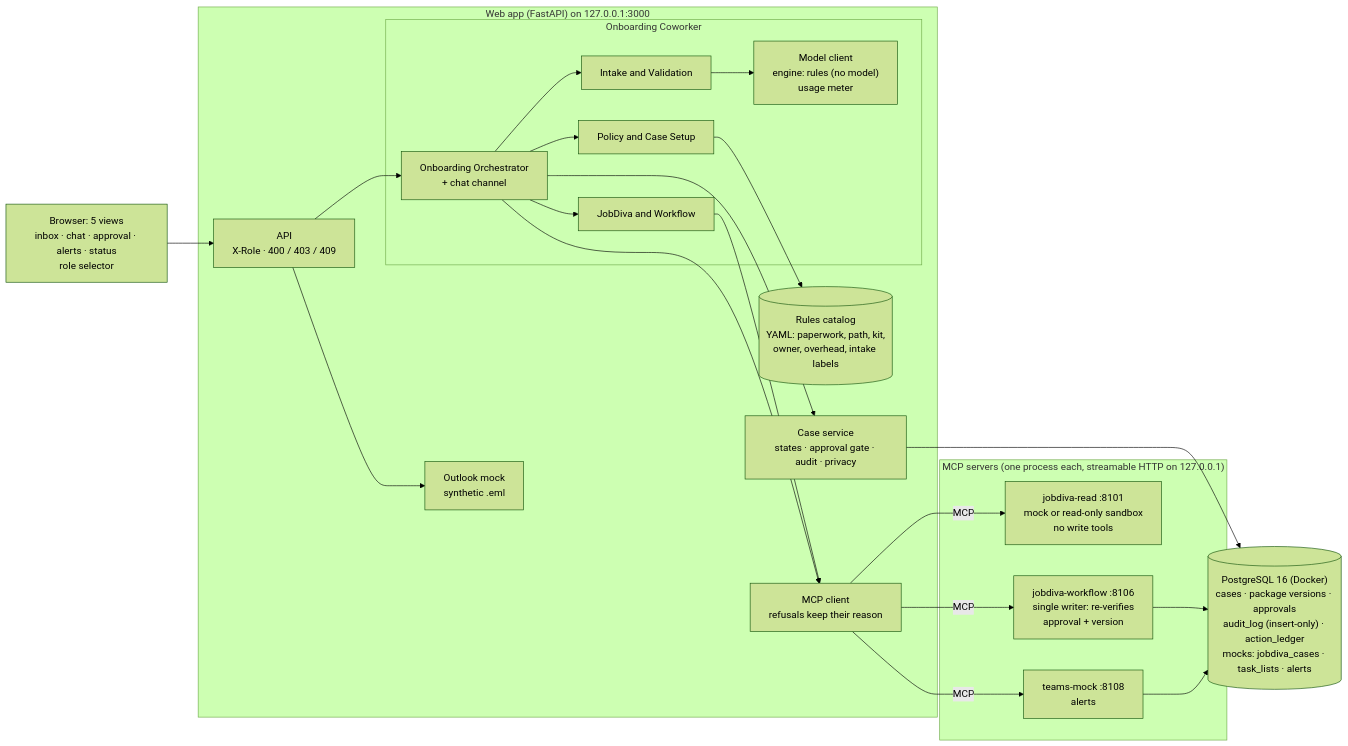
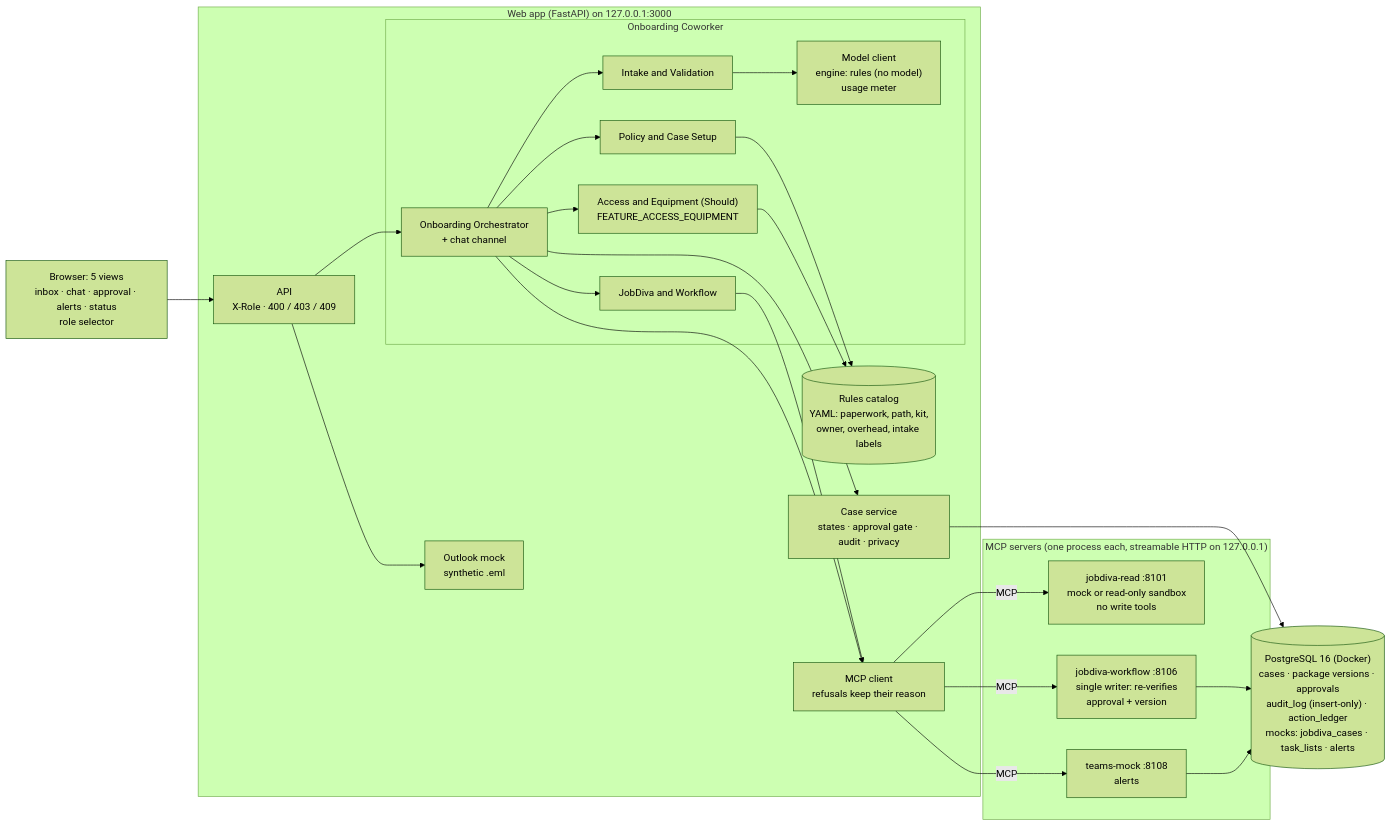
Before and after one commit to juangiron-IGS/OnBoardingDigitalCoworker: the diagram in Documents/Submission/architecture.md, drawn with Mermaid (forest theme). The commit also changed 27 other files, not shown here.

````diff
--- a/Documents/Submission/architecture.md
+++ b/Documents/Submission/architecture.md
@@ -5,42 +5,44 @@
 ```mermaid
 flowchart LR
     Browser["Browser: 5 views<br/>inbox · chat · approval · alerts · status<br/>role selector"]
 
     subgraph Web["Web app (FastAPI) on 127.0.0.1:3000"]
         API["API<br/>X-Role · 400 / 403 / 409"]
         subgraph Agents["Onboarding Coworker"]
             Orch["Onboarding Orchestrator<br/>+ chat channel"]
             Intake["Intake and Validation"]
             Policy["Policy and Case Setup"]
             WF["JobDiva and Workflow"]
+            Access["Access and Equipment (Should)<br/>FEATURE_ACCESS_EQUIPMENT"]
             Model["Model client<br/>engine: rules (no model)<br/>usage meter"]
         end
         Case["Case service<br/>states · approval gate · audit · privacy"]
         Rules[("Rules catalog<br/>YAML: paperwork, path, kit,<br/>owner, overhead, intake labels")]
         Mail["Outlook mock<br/>synthetic .eml"]
         Client["MCP client<br/>refusals keep their reason"]
     end
 
     DB[("PostgreSQL 16 (Docker)<br/>cases · package versions · approvals<br/>audit_log (insert-only) · action_ledger<br/>mocks: jobdiva_cases · task_lists · alerts")]
 
     subgraph MCP["MCP servers (one process each, streamable HTTP on 127.0.0.1)"]
         S1["jobdiva-read :8101<br/>mock or read-only sandbox<br/>no write tools"]
         S2["jobdiva-workflow :8106<br/>single writer: re-verifies<br/>approval + version"]
         S3["teams-mock :8108<br/>alerts"]
     end
 
     Browser --> API --> Orch
     Orch --> Intake --> Model
     Orch --> Policy --> Rules
+    Orch --> Access --> Rules
     Orch --> Case
     WF --> Client
     Orch --> WF
     Orch --> Client
     Client -- MCP --> S1
     Client -- MCP --> S2
     Client -- MCP --> S3
     API --> Mail
     Case --> DB
     S2 --> DB
     S3 --> DB
 ```
````
